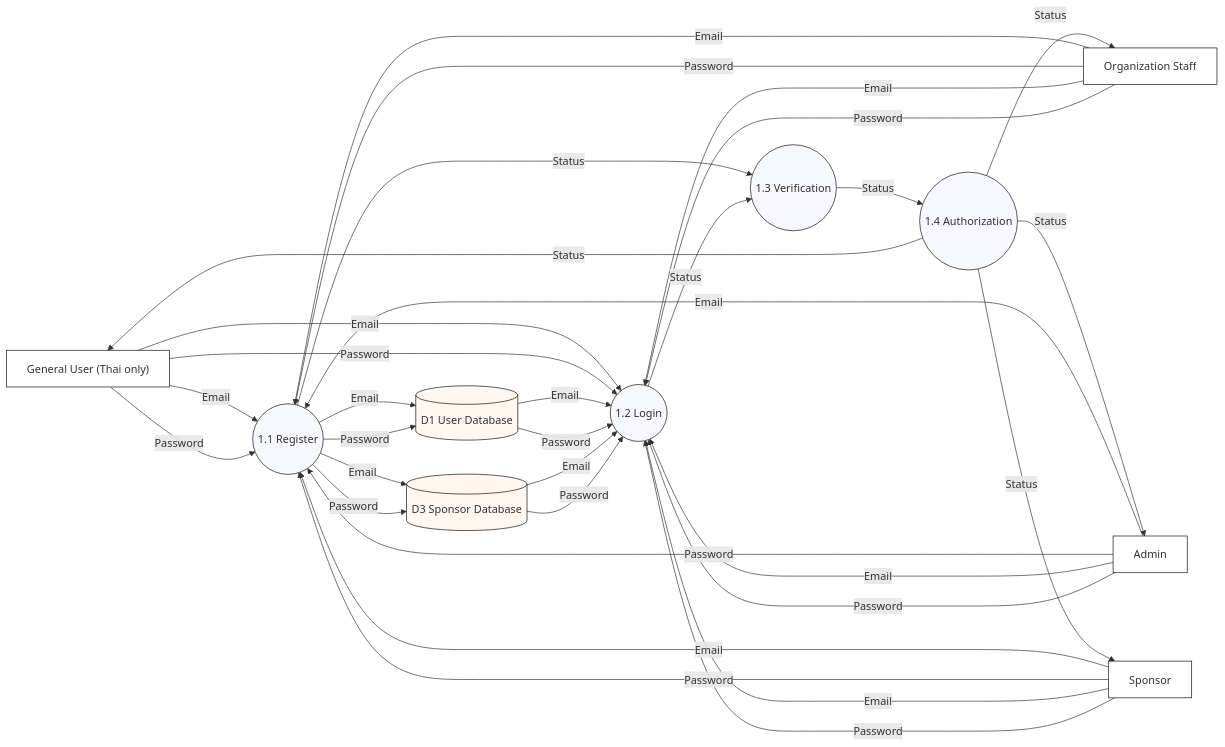
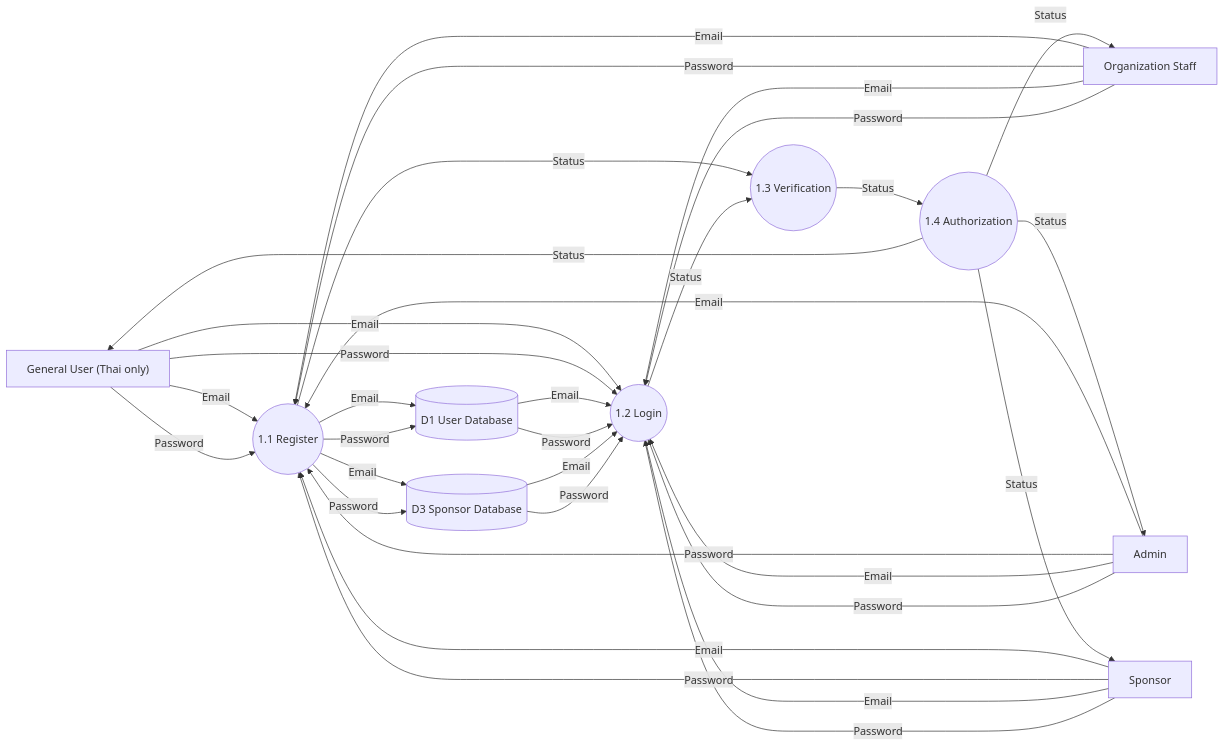
Before and after one commit to maomidmao/2025-ITCS383-JITNONGNOOONG: the third of 8 diagrams in designs/JITNONGNOONG_D1_Design.md, drawn with Mermaid. The commit also changed other lines of this file, not shown here.

````diff
--- a/designs/JITNONGNOONG_D1_Design.md
+++ b/designs/JITNONGNOONG_D1_Design.md
@@ -215,56 +215,52 @@
 ```mermaid
 flowchart LR
-  classDef ext fill:#fff,stroke:#111,stroke-width:1px;
-  classDef proc fill:#f7f7ff,stroke:#111,stroke-width:1px;
-  classDef store fill:#fff7f0,stroke:#111,stroke-width:1px;
-
   U["General User (Thai only)"]:::ext
   S["Organization Staff"]:::ext
   A["Admin"]:::ext
   SP["Sponsor"]:::ext
 
   P11(("1.1 Register")):::proc
   P12(("1.2 Login")):::proc
   P13(("1.3 Verification")):::proc
   P14(("1.4 Authorization")):::proc
 
   D1[("D1 User Database")]:::store
   D3[("D3 Sponsor Database")]:::store
 
   U -->|"Email"| P11
   U -->|"Password"| P11
   S -->|"Email"| P11
   S -->|"Password"| P11
   A -->|"Email"| P11
   A -->|"Password"| P11
   SP -->|"Email"| P11
   SP -->|"Password"| P11
 
   U -->|"Email"| P12
   U -->|"Password"| P12
   S -->|"Email"| P12
   S -->|"Password"| P12
   A -->|"Email"| P12
   A -->|"Password"| P12
   SP -->|"Email"| P12
   SP -->|"Password"| P12
 
   D1 -->|"Email"| P12
   D1 -->|"Password"| P12
   D3 -->|"Email"| P12
   D3 -->|"Password"| P12
 
   P11 -->|"Email"| D1
   P11 -->|"Password"| D1
   P11 -->|"Email"| D3
   P11 -->|"Password"| D3
 
   P11 -->|"Status"| P13
   P12 -->|"Status"| P13
   P13 -->|"Status"| P14
 
   P14 -->|"Status"| U
   P14 -->|"Status"| S
   P14 -->|"Status"| A
   P14 -->|"Status"| SP
 ```
````
